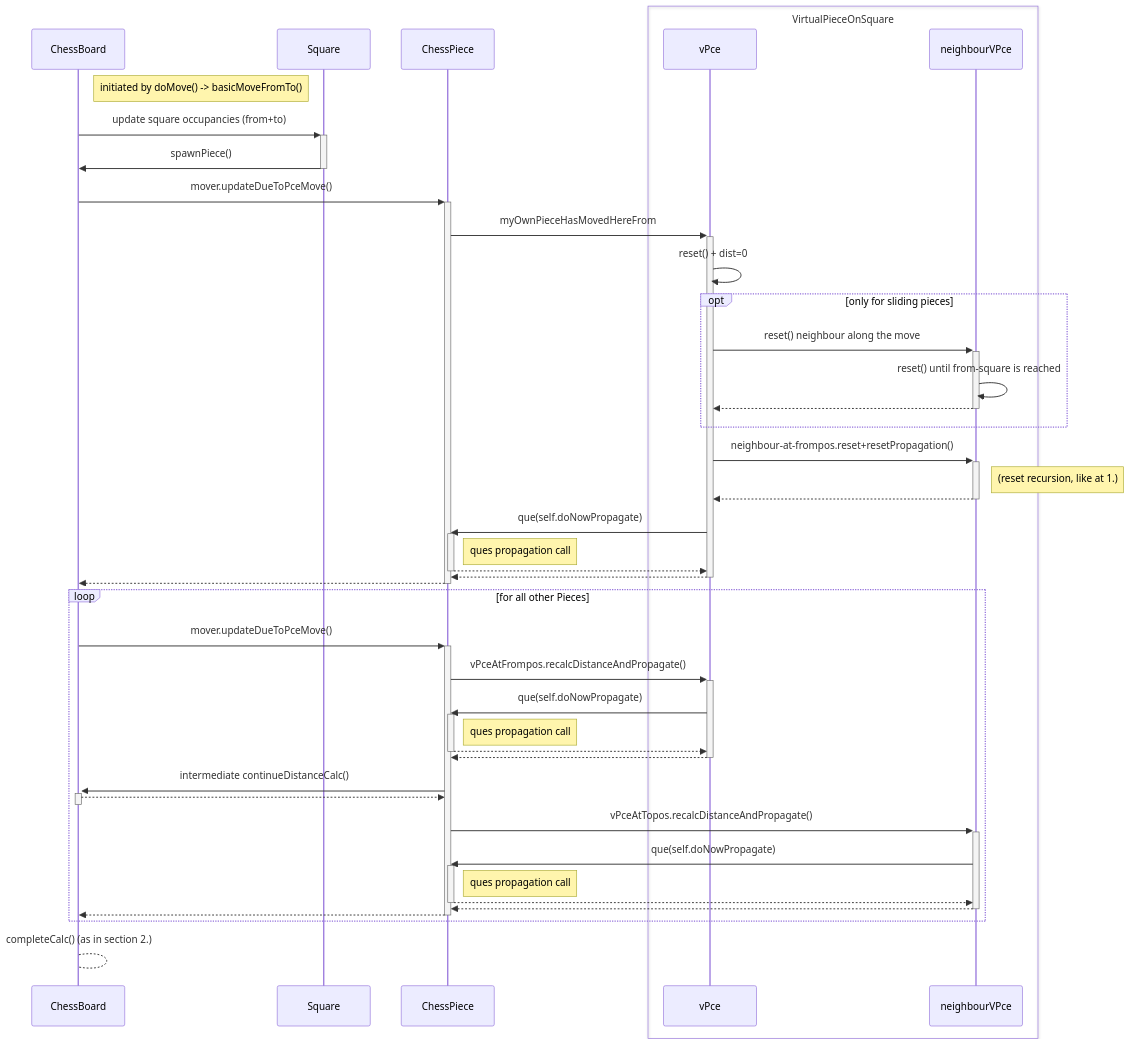
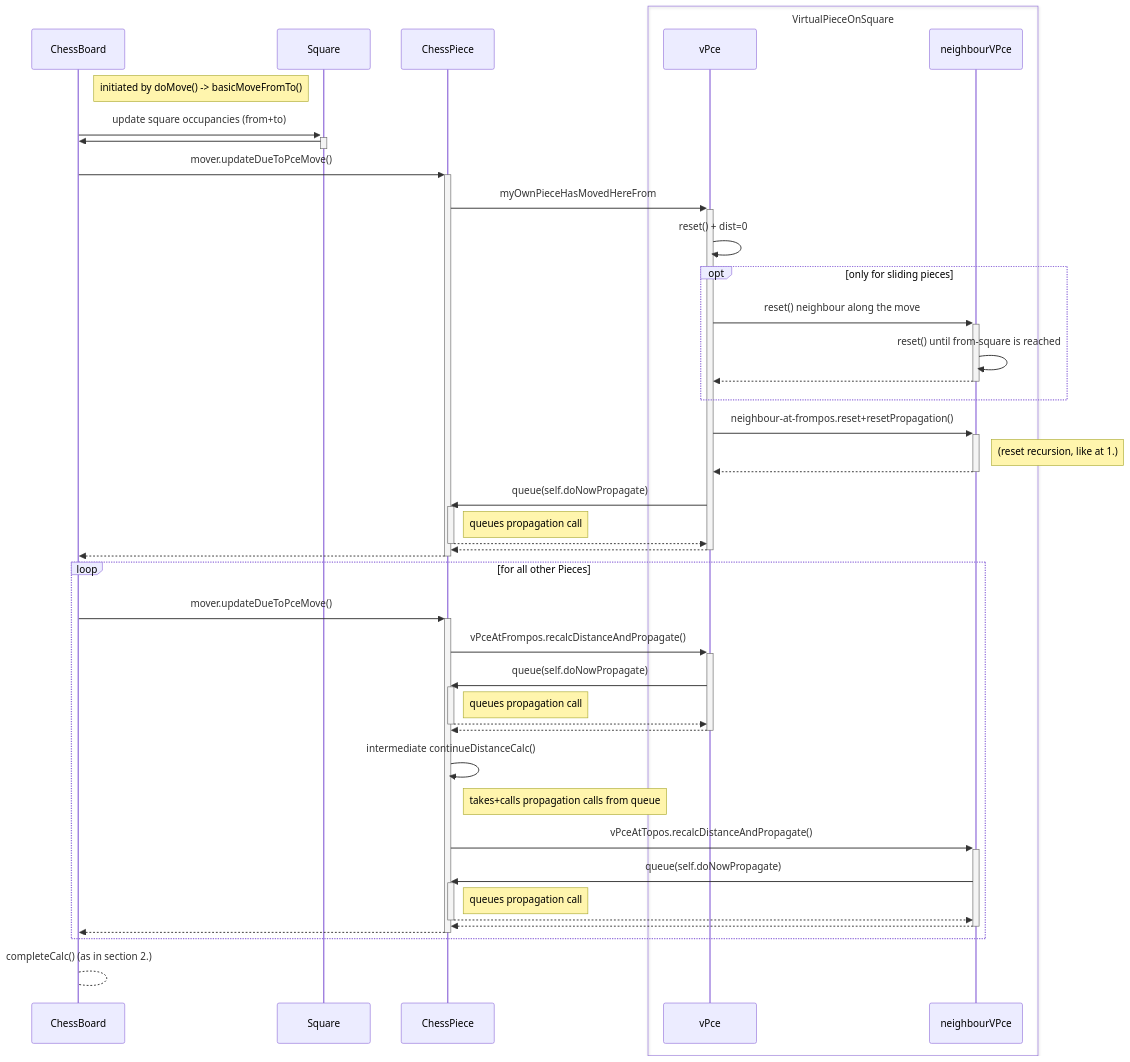
Before and after one commit to chrinspire/TideEval: the third of 4 diagrams in src/doc/distUpdateFlow.md, drawn with Mermaid. The commit also changed other lines of this file, not shown here.

Commit message:
improves distUpdate flow diagrams and adds details for pawns

````diff
--- a/src/doc/distUpdateFlow.md
+++ b/src/doc/distUpdateFlow.md
@@ -94,58 +94,58 @@
-```mermaid 
+```mermaid
 sequenceDiagram
     participant ChessBoard
     participant Square
     participant ChessPiece
     box VirtualPieceOnSquare
         participant vPce
         participant neighbourVPce
     end
 
-    Note right of ChessBoard: initiated by doMove() -> basicMoveFromTo() 
+    Note right of ChessBoard: initiated by doMove() -> basicMoveFromTo()
     ChessBoard->>+Square: update square occupancies (from+to)
-    Square->>-ChessBoard: spawnPiece()
+    Square->>-ChessBoard: 
 
     ChessBoard->>+ChessPiece: mover.updateDueToPceMove()
     ChessPiece->>+vPce: myOwnPieceHasMovedHereFrom
     vPce->>vPce: reset() + dist=0
     opt only for sliding pieces
         vPce->>+neighbourVPce: reset() neighbour along the move
         neighbourVPce->>neighbourVPce: reset() until from-square is reached
         neighbourVPce-->>-vPce: 
     end
-    vPce->>+neighbourVPce: neighbour-at-frompos.reset+resetPropagation() 
+    vPce->>+neighbourVPce: neighbour-at-frompos.reset+resetPropagation()
     Note right of neighbourVPce: (reset recursion, like at 1.)
     neighbourVPce-->>-vPce: 
 
-    vPce->>+ChessPiece: que(self.doNowPropagate)
-    Note right of ChessPiece: ques propagation call
+    vPce->>+ChessPiece: queue(self.doNowPropagate)
+    Note right of ChessPiece: queues propagation call
     ChessPiece-->>-vPce: 
     vPce-->>-ChessPiece: 
 
     ChessPiece-->>-ChessBoard: 
 
     loop for all other Pieces
         ChessBoard->>+ChessPiece: mover.updateDueToPceMove()
 
         ChessPiece->>+vPce: vPceAtFrompos.recalcDistanceAndPropagate()
-            vPce->>+ChessPiece: que(self.doNowPropagate)
-            Note right of ChessPiece: ques propagation call
-            ChessPiece-->>-vPce: 
+            vPce->>+ChessPiece: queue(self.doNowPropagate)
+            Note right of ChessPiece: queues propagation call
+            ChessPiece-->>-vPce:  
         vPce-->>-ChessPiece: 
 
-        ChessPiece->>+ChessBoard: intermediate continueDistanceCalc()
-        ChessBoard-->>-ChessPiece: 
+        ChessPiece->>ChessPiece: intermediate continueDistanceCalc()
+        Note right of ChessPiece: takes+calls propagation calls from queue
 
         ChessPiece->>+neighbourVPce: vPceAtTopos.recalcDistanceAndPropagate()
-            neighbourVPce->>+ChessPiece: que(self.doNowPropagate)
-            Note right of ChessPiece: ques propagation call
+            neighbourVPce->>+ChessPiece: queue(self.doNowPropagate)
+            Note right of ChessPiece: queues propagation call
             ChessPiece-->>-neighbourVPce: 
         neighbourVPce-->>-ChessPiece: 
-    
+
         ChessPiece-->>-ChessBoard: 
     end
-   
+
     ChessBoard-->ChessBoard: completeCalc() (as in section 2.)
 
 
 ```
````
